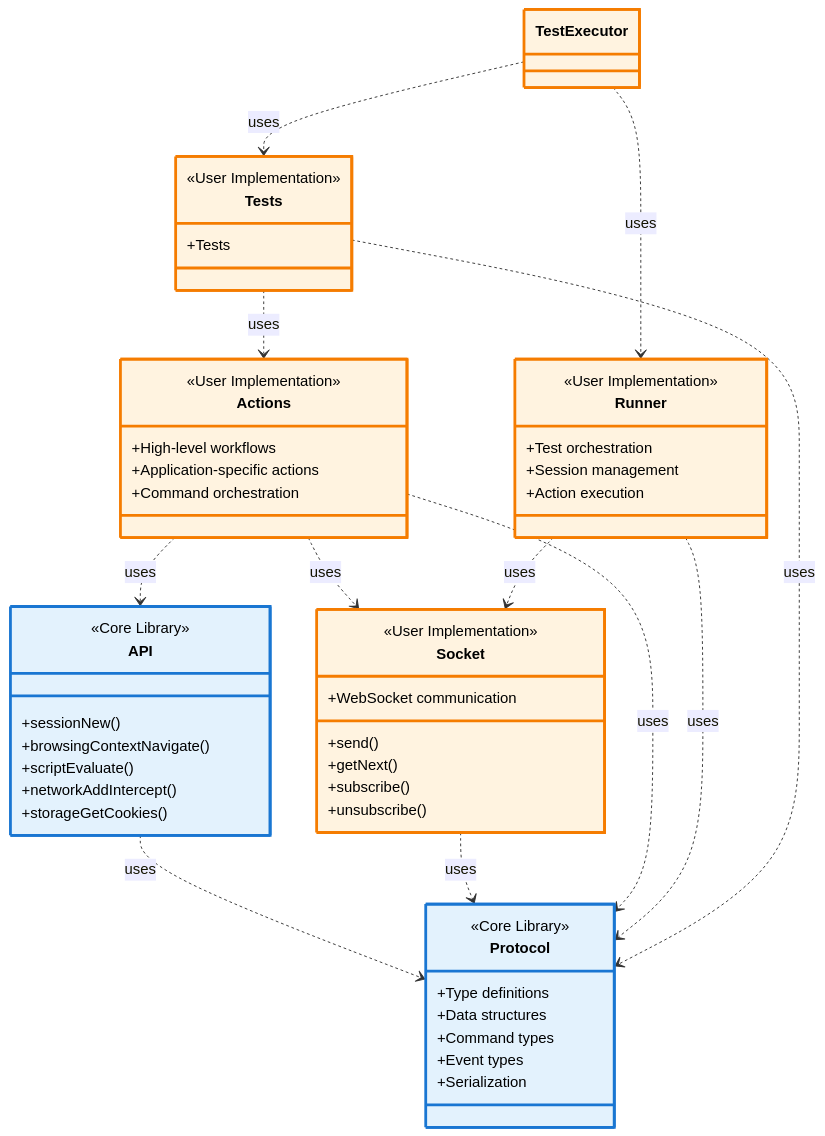
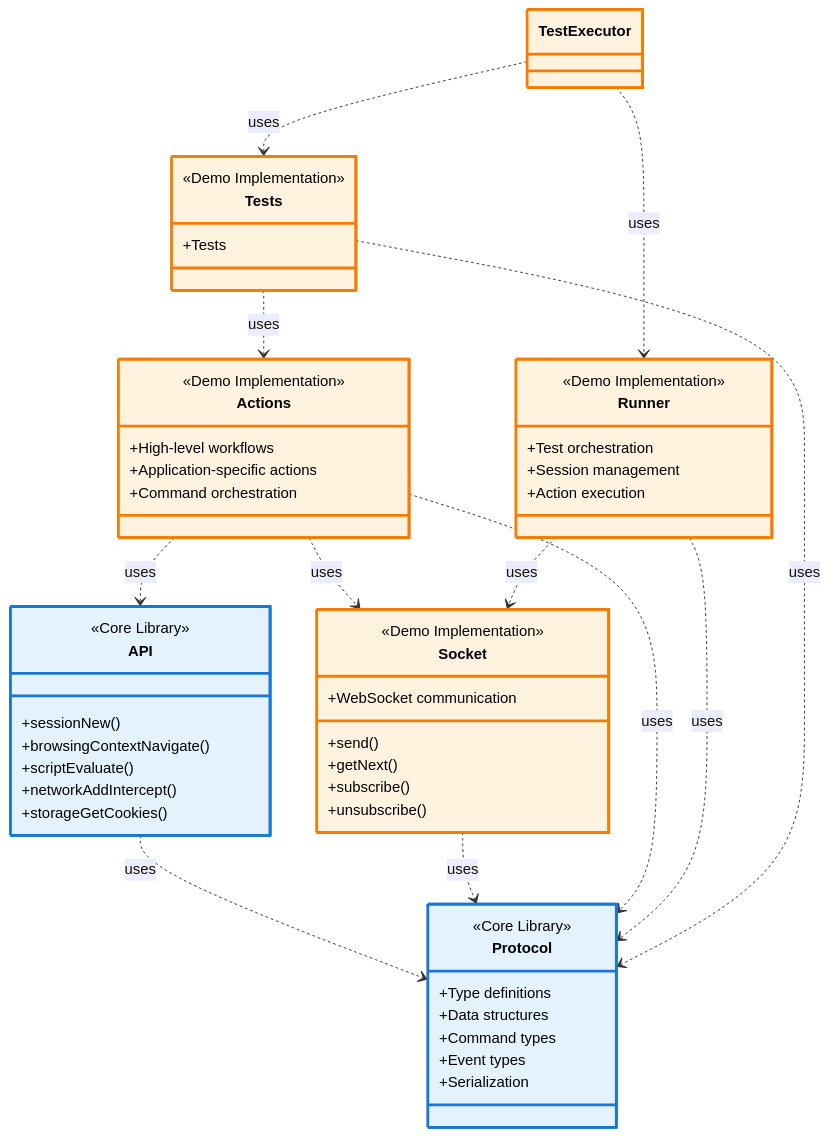
Before and after one commit to pyrethrum/webdriver: the diagram in webdriver-precore/test/README.md, drawn with Mermaid. The commit also changed other lines of this file and 2 other files, not shown here.

````diff
--- a/webdriver-precore/test/README.md
+++ b/webdriver-precore/test/README.md
@@ -38,68 +51,68 @@
 ```mermaid
 classDiagram
     class Protocol {
         <<Core Library>>
         +Type definitions
         +Data structures
         +Command types
         +Event types
         +Serialization
     }
     
     class API {
         <<Core Library>>
         +sessionNew()
         +browsingContextNavigate()
         +scriptEvaluate()
         +networkAddIntercept()
         +storageGetCookies()
     }
     
     class Socket {
-        <<User Implementation>>
+        <<Demo Implementation>>
         +send()
         +getNext()
         +subscribe()
         +unsubscribe()
         +WebSocket communication
     }
     
     class Actions {
-        <<User Implementation>>
+        <<Demo Implementation>>
         +High-level workflows
         +Application-specific actions
         +Command orchestration
     }
     
     class Runner {
-        <<User Implementation>>
+        <<Demo Implementation>>
         +Test orchestration
         +Session management
         +Action execution
     }
     
     class Tests {
-        <<User Implementation>>
+        <<Demo Implementation>>
         +Tests
     }
     
     API ..> Protocol : uses
     Socket ..> Protocol : uses
     Actions ..> API : uses
     Actions ..> Protocol : uses
     Actions ..> Socket : uses
     Runner ..> Protocol : uses
     Runner ..> Socket : uses
     Tests ..> Actions : uses
     Tests ..> Protocol : uses
     TestExecutor ..> Runner : uses
     TestExecutor ..> Tests : uses
     
     style Protocol fill:#e3f2fd,stroke:#1976d2,stroke-width:3px,color:#000,rx:10
     style API fill:#e3f2fd,stroke:#1976d2,stroke-width:3px,color:#000,rx:10
     style Socket fill:#fff3e0,stroke:#f57c00,stroke-width:3px,color:#000,rx:10
     style Actions fill:#fff3e0,stroke:#f57c00,stroke-width:3px,color:#000,rx:10
     style Runner fill:#fff3e0,stroke:#f57c00,stroke-width:3px,color:#000,rx:10
     style Tests fill:#fff3e0,stroke:#f57c00,stroke-width:3px,color:#000,rx:10
     style TestExecutor fill:#fff3e0,stroke:#f57c00,stroke-width:3px,color:#000,rx:10
 ```
````
